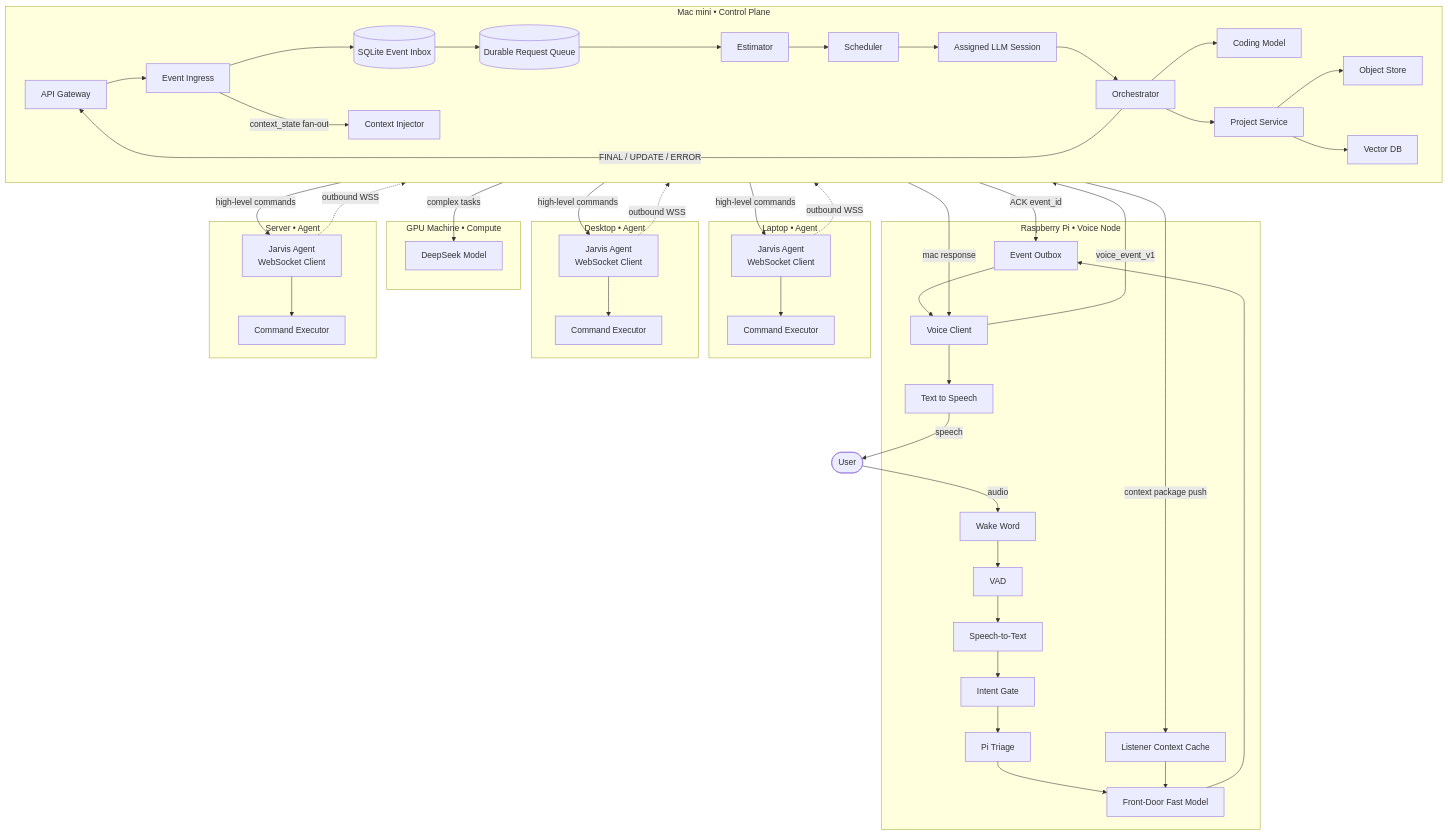
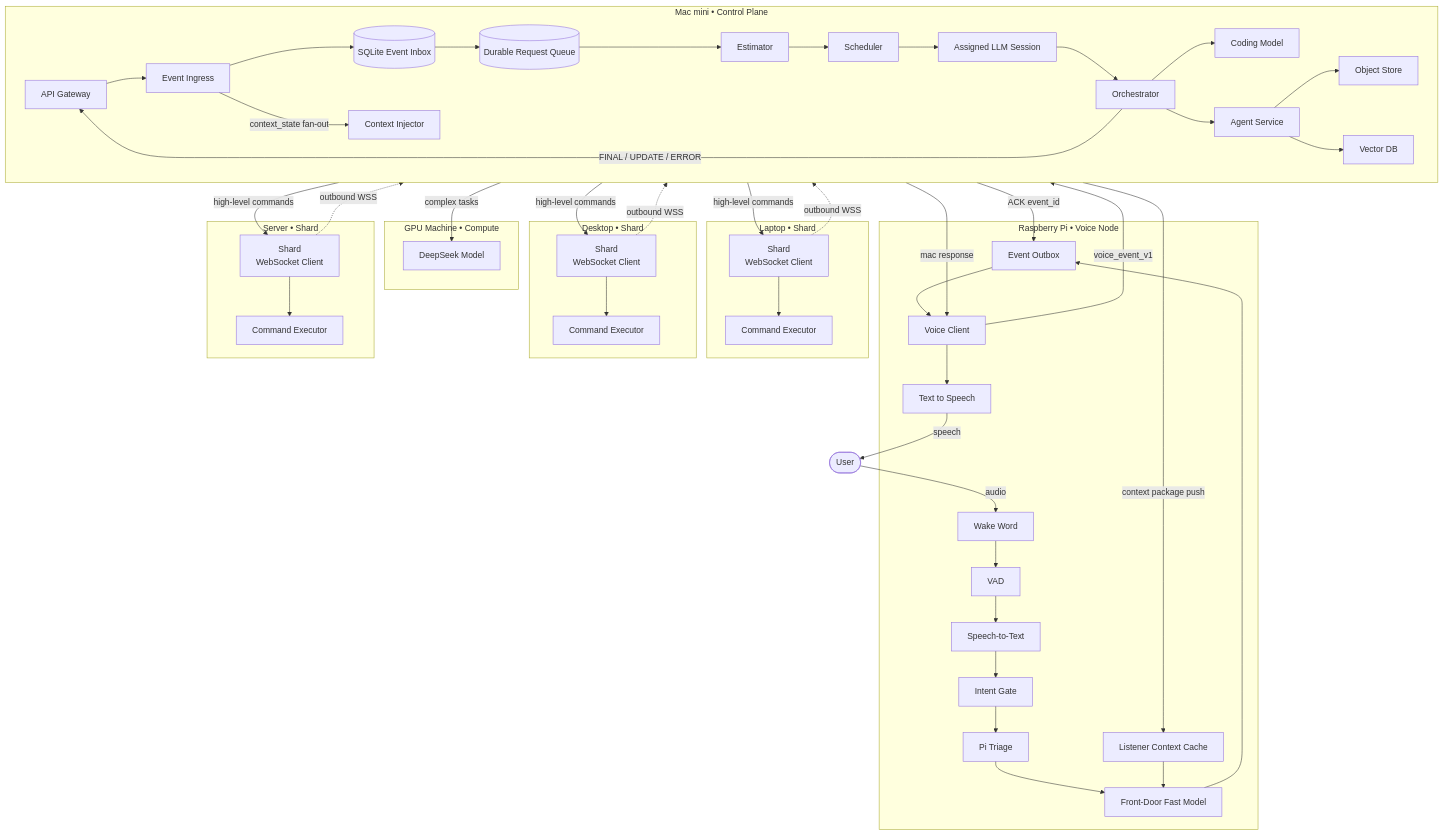
One commit to m-scanlon/tony-stark-was-able-tobuild-this-in-a-cave changed the first of 3 diagrams in docs/arch/v1/scyra.md. Above: the diagram before and after it, drawn with Mermaid. The commit also changed other lines of this file and 19 other files, not shown here.

First line of the commit message:
Rename projects→agents, device daemons→shards; Pi is a Shard

```diff
--- a/docs/arch/v1/scyra.md
+++ b/docs/arch/v1/scyra.md
@@ -70,7 +70,7 @@
     ORCH[Orchestrator]
     CIX[Context Injector]
     CODER[Coding Model]
-    PROJ[Project Service]
+    PROJ[Agent Service]
     OBJ[Object Store]
     VDB[Vector DB]
 
@@ -88,20 +88,20 @@
   end
 
   %% Agent Machines
-  subgraph LAPTOP[Laptop • Agent]
-    LAGENT[Jarvis Agent\nWebSocket Client]
+  subgraph LAPTOP[Laptop • Shard]
+    LAGENT[Shard\nWebSocket Client]
     LEXEC[Command Executor]
     LAGENT --> LEXEC
   end
 
-  subgraph DESKTOP[Desktop • Agent]
-    DAGENT[Jarvis Agent\nWebSocket Client]
+  subgraph DESKTOP[Desktop • Shard]
+    DAGENT[Shard\nWebSocket Client]
     DEXEC[Command Executor]
     DAGENT --> DEXEC
   end
 
-  subgraph SERVER[Server • Agent]
-    SAGENT[Jarvis Agent\nWebSocket Client]
+  subgraph SERVER[Server • Shard]
+    SAGENT[Shard\nWebSocket Client]
     SEXEC[Command Executor]
     SAGENT --> SEXEC
   end
@@ -123,7 +123,7 @@
   ORCH -->|high-level commands| DAGENT
   ORCH -->|high-level commands| SAGENT
 
-  %% Secure outbound connections
+  %% Secure outbound connections (Shards initiate)
   LAGENT -.->|outbound WSS| CTRL
   DAGENT -.->|outbound WSS| CTRL
   SAGENT -.->|outbound WSS| CTRL
```
